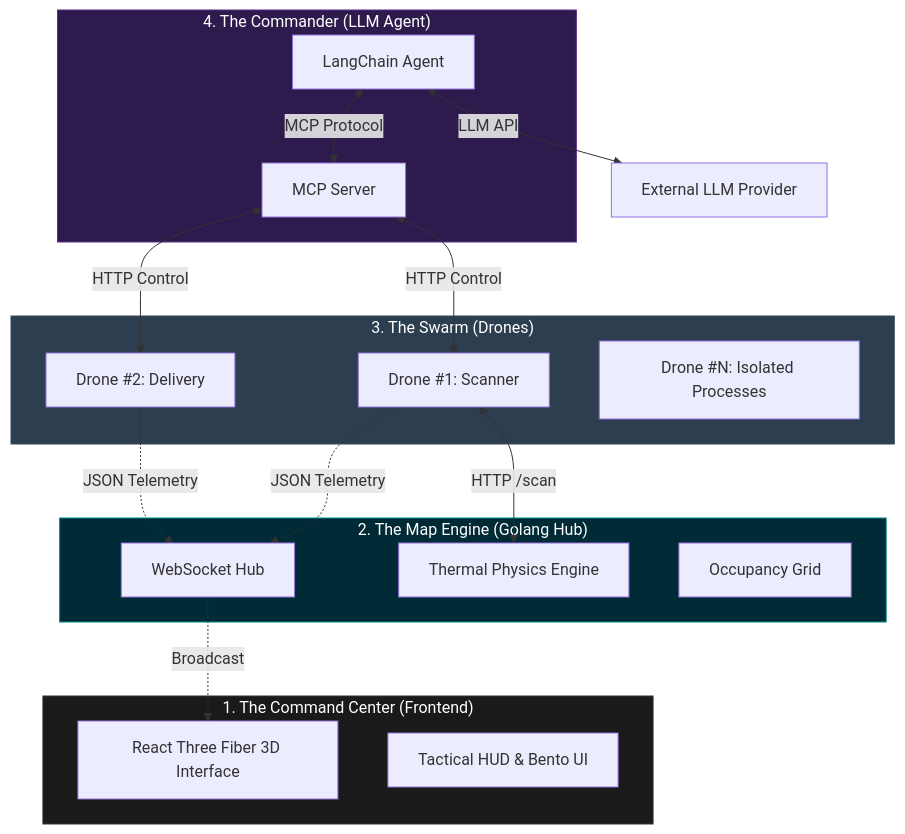
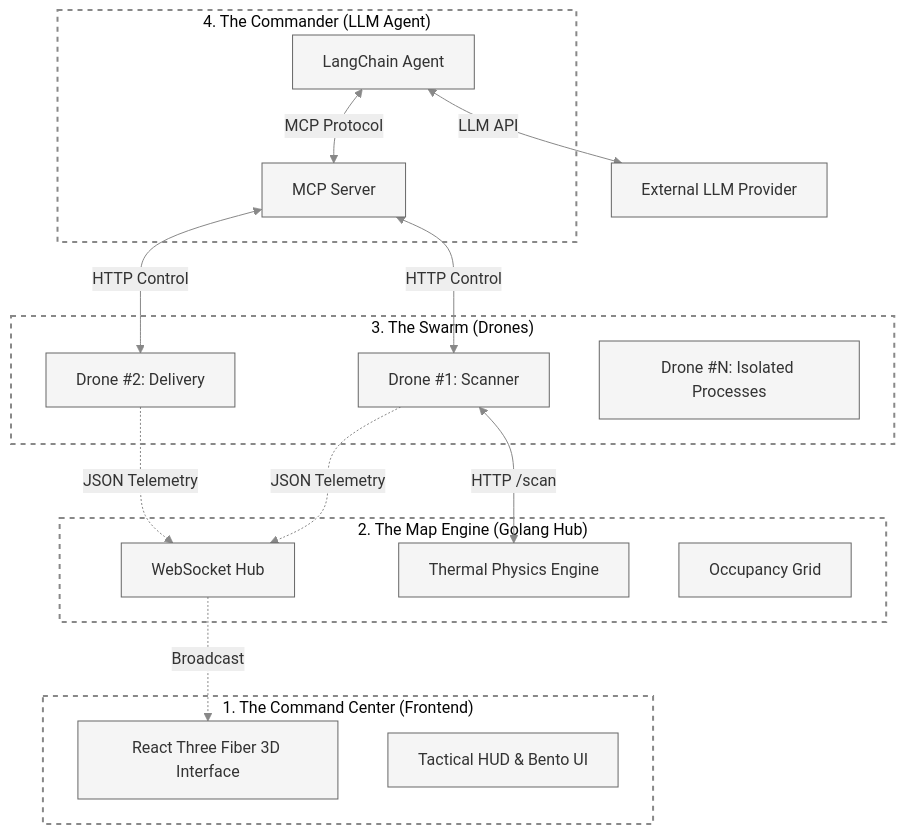
One commit to Minhen96/vhack changed the diagram in README.md. Above: the diagram before and after it, drawn with Mermaid. The commit also changed other lines of this file and 2 other files, not shown here.

````diff
--- a/README.md
+++ b/README.md
@@ -33,45 +33,45 @@
 ```mermaid
+%%{init: {'theme': 'base', 'themeVariables': { 'primaryColor': '#f5f5f5', 'primaryTextColor': '#333', 'primaryBorderColor': '#666', 'lineColor': '#888', 'secondaryColor': '#eee', 'tertiaryColor': '#f9f9f9' }}}%%
 flowchart TB
     subgraph UI_Layer ["1. The Command Center (Frontend)"]
         UI[React Three Fiber 3D Interface]
         HUD[Tactical HUD & Bento UI]
     end
 
     subgraph Hub_Layer ["2. The Map Engine (Golang Hub)"]
         Hub[WebSocket Hub]
         ThermalEngine[Thermal Physics Engine]
         Grid[Occupancy Grid]
     end
 
     subgraph Swarm_Layer ["3. The Swarm (Drones)"]
         D1[Drone #1: Scanner]
         D2[Drone #2: Delivery]
         DN[Drone #N: Isolated Processes]
     end
 
     subgraph Agent_Layer ["4. The Commander (LLM Agent)"]
         Agent[LangChain Agent]
         MCP[MCP Server]
     end
 
     %% Telemetry Flow
     D1 -.->|JSON Telemetry| Hub
     D2 -.->|JSON Telemetry| Hub
     Hub -.->|Broadcast| UI
     
     %% Physics Queries
     D1 <-->|HTTP /scan| ThermalEngine
     
     %% Control Flow
     Agent <-->|MCP Protocol| MCP
     MCP <-->|HTTP Control| D1
     MCP <-->|HTTP Control| D2
     
     %% External AI
     Agent <-->|LLM API| LLM[External LLM Provider]
 
-    style UI_Layer fill:#1a1a1a,stroke:#333,color:#fff
-    style Hub_Layer fill:#002b36,stroke:#008b8b,color:#fff
-    style Swarm_Layer fill:#2c3e50,stroke:#34495e,color:#fff
-    style Agent_Layer fill:#2d1b4d,stroke:#5e2a84,color:#fff
+    %% Version-specific Styles for High Contrast
+    classDef layerStyle fill:none,stroke:#888,stroke-width:2px,stroke-dasharray: 5 5;
+    class UI_Layer,Hub_Layer,Swarm_Layer,Agent_Layer layerStyle;
 ```
````
